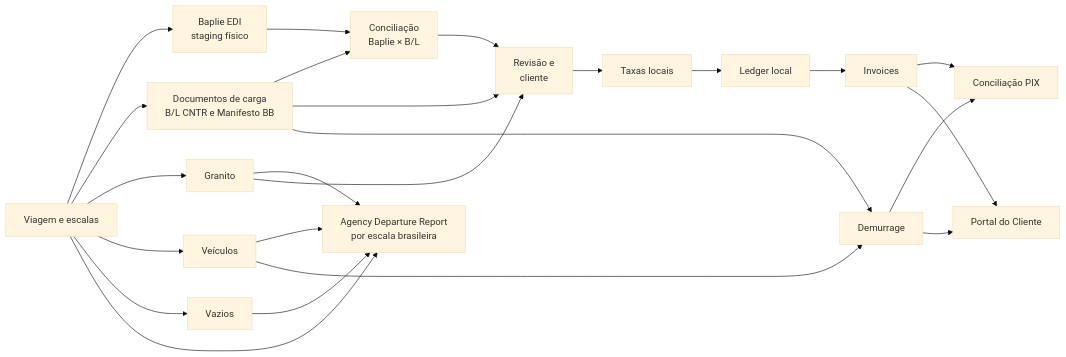
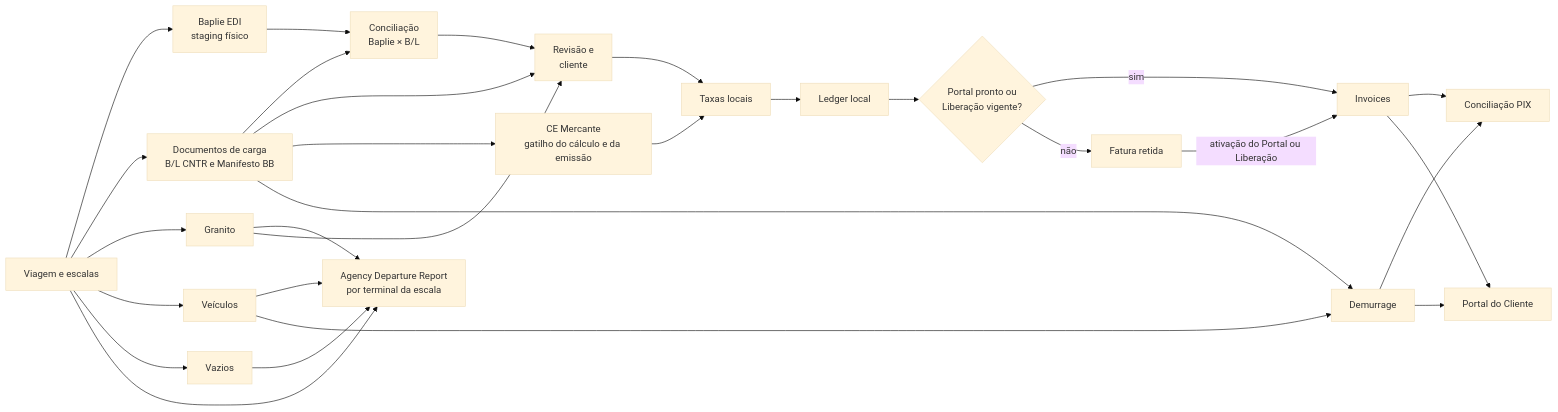
One commit to luccafwlog/vela changed the second of 2 diagrams in docs/ARCHITECTURE.md. Above: the diagram before and after it, drawn with Mermaid (base theme). The commit also changed other lines of this file and 3 other files, not shown here.

First line of the commit message:
docs(arquitetura): ARCHITECTURE descreve o desenho e aponta as regras aos módulos

````diff
--- a/docs/ARCHITECTURE.md
+++ b/docs/ARCHITECTURE.md
@@ -326,42 +360,50 @@
 ```mermaid
 flowchart LR
     Voyage["Viagem e escalas"]
     Baplie["Baplie EDI<br/>staging físico"]
     Manifest["Documentos de carga<br/>B/L CNTR e Manifesto BB"]
     Granite["Granito"]
     Vehicles["Veículos"]
     Empty["Vazios"]
     Reconcile["Conciliação<br/>Baplie × B/L"]
     Review["Revisão e<br/>cliente"]
-    AgencyReport["Agency Departure Report<br/>por escala brasileira"]
+    CE["CE Mercante<br/>gatilho do cálculo e da emissão"]
+    AgencyReport["Agency Departure Report<br/>por terminal da escala"]
     Charges["Taxas locais"]
     Ledger["Ledger local"]
+    Gate{"Portal pronto ou<br/>Liberação vigente?"}
+    Held["Fatura retida"]
     Invoice["Invoices"]
     Demurrage["Demurrage"]
     Pix["Conciliação PIX"]
     ClientPortal["Portal do Cliente"]
 
     Voyage --> Baplie
     Voyage --> Manifest
     Voyage --> Granite
     Voyage --> Vehicles
     Voyage --> Empty
     Voyage --> AgencyReport
     Empty --> AgencyReport
     Vehicles --> AgencyReport
     Granite --> AgencyReport
     Baplie --> Reconcile
     Manifest --> Reconcile
     Reconcile --> Review
     Manifest --> Review
     Granite --> Review
+    Manifest --> CE
     Review --> Charges
+    CE --> Charges
     Charges --> Ledger
-    Ledger --> Invoice
+    Ledger --> Gate
+    Gate -->|sim| Invoice
+    Gate -->|não| Held
+    Held -->|ativação do Portal ou Liberação| Invoice
     Vehicles --> Demurrage
     Manifest --> Demurrage
     Demurrage --> Pix
     Invoice --> Pix
     Invoice --> ClientPortal
     Demurrage --> ClientPortal
 ```
````
